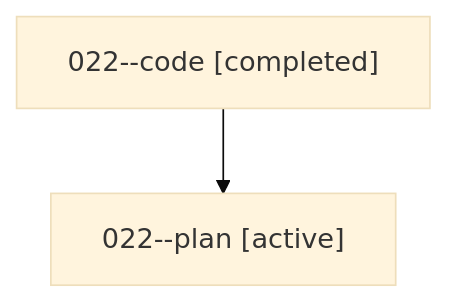
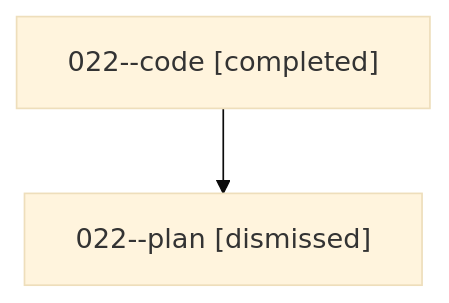
Before and after one commit to bobs-org/bob-cli--agents: the diagram in sessions/bbugyi200.athena.022.md, drawn with Mermaid (base theme). The commit also changed other lines of this file and 46 other files, not shown here.

````diff
--- a/sessions/bbugyi200.athena.022.md
+++ b/sessions/bbugyi200.athena.022.md
@@ -9,6 +9,6 @@
 ```mermaid
 flowchart TD
   n0["022--code [completed]"]
-  n1["022--plan [active]"]
+  n1["022--plan [dismissed]"]
   n0 --> n1
 ```
````
